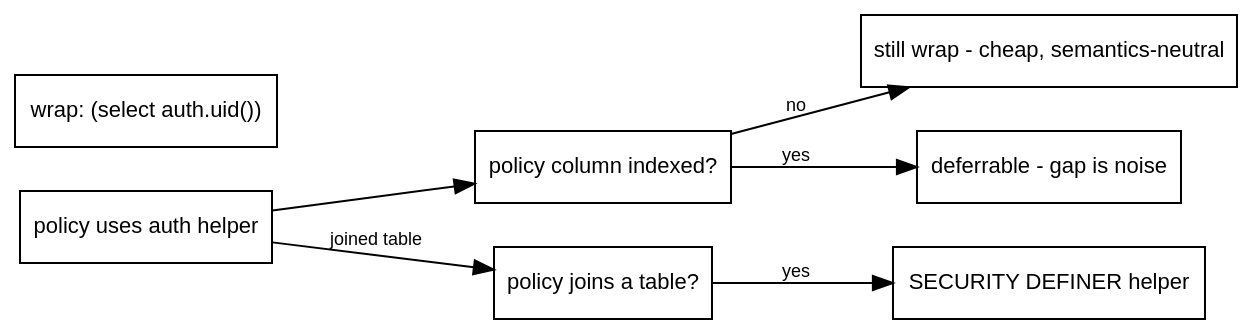
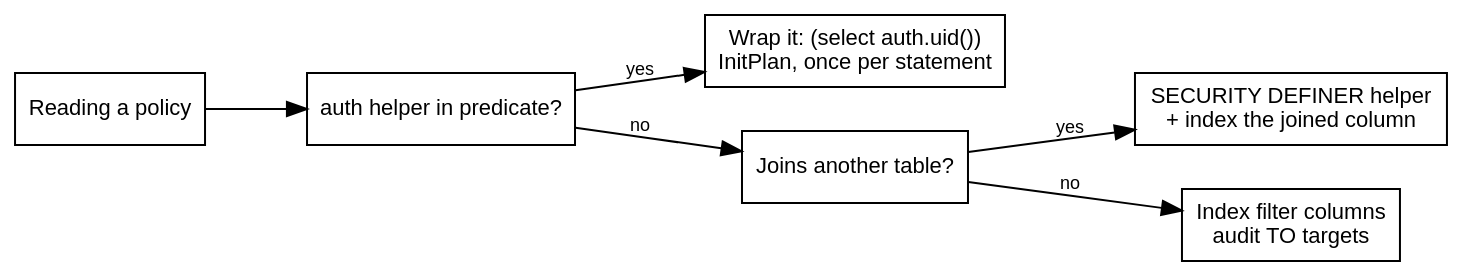
Before and after one commit to erfianugrah/lexicanum: the diagram in src/content/docs/reference/supabase-rls-policy-cost.mdx, drawn with Graphviz. The commit also changed other lines of this file, not shown here.

First line of the commit message:
docs(reference): tighten supabase-rls-policy-cost

````diff
--- a/src/content/docs/reference/supabase-rls-policy-cost.mdx
+++ b/src/content/docs/reference/supabase-rls-policy-cost.mdx
@@ -116,22 +139,21 @@
 ```dot
 digraph {
     rankdir=LR; bgcolor="transparent"; nodesep=0.3; ranksep=0.7;
     fontname="Helvetica,Arial,sans-serif";
     node [fontname="Helvetica,Arial,sans-serif", fontsize=11, shape=box];
     edge [fontname="Helvetica,Arial,sans-serif", fontsize=9];
 
-    start [label="policy uses auth helper"];
-    idx [label="policy column indexed?"];
-    wrap [label="wrap: (select auth.uid())"];
-    still [label="still wrap - cheap, semantics-neutral"];
-    defer [label="deferrable - gap is noise"];
-    join [label="policy joins a table?"];
-    sd [label="SECURITY DEFINER helper"];
+    start [label="Reading a policy"];
+    helper [label="auth helper in predicate?"];
+    wrap [label="Wrap it: (select auth.uid())\nInitPlan, once per statement"];
+    join [label="Joins another table?"];
+    sd [label="SECURITY DEFINER helper\n+ index the joined column"];
+    plain [label="Index filter columns\naudit TO targets"];
 
-    start -> idx;
-    idx -> still [label="no"];
-    idx -> defer [label="yes"];
-    start -> join [label="joined table"];
+    start -> helper;
+    helper -> wrap [label="yes"];
+    helper -> join [label="no"];
     join -> sd [label="yes"];
+    join -> plain [label="no"];
 }
 ```
````
